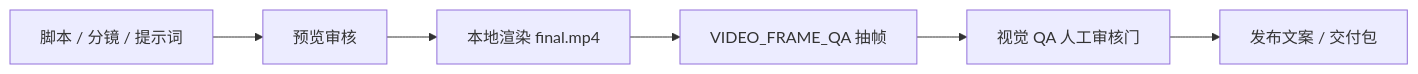
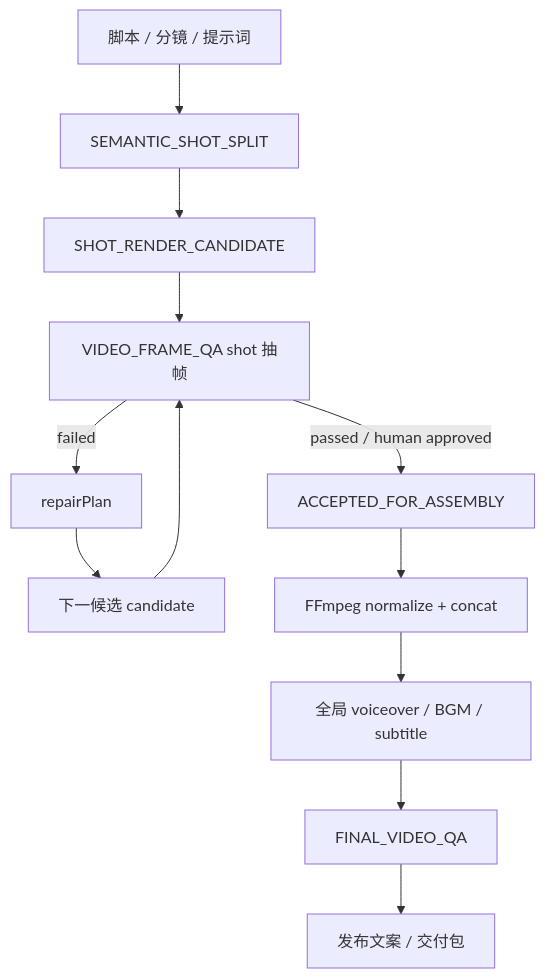
Before and after one commit to SUSTechWLA/lingxi-ai-operation-system: the diagram in docs/video-frame-qa.md, drawn with Mermaid. The commit also changed other lines of this file and 26 other files, not shown here.

````diff
--- a/docs/video-frame-qa.md
+++ b/docs/video-frame-qa.md
@@ -9,8 +9,14 @@
 ```mermaid
-flowchart LR
-  A["脚本 / 分镜 / 提示词"] --> B["预览审核"]
-  B --> C["本地渲染 final.mp4"]
-  C --> D["VIDEO_FRAME_QA 抽帧"]
-  D --> E["视觉 QA 人工审核门"]
-  E --> F["发布文案 / 交付包"]
+flowchart TD
+  A["脚本 / 分镜 / 提示词"] --> B["SEMANTIC_SHOT_SPLIT"]
+  B --> C["SHOT_RENDER_CANDIDATE"]
+  C --> D["VIDEO_FRAME_QA shot 抽帧"]
+  D -->|"failed"| E["repairPlan"]
+  E --> F["下一候选 candidate"]
+  F --> D
+  D -->|"passed / human approved"| G["ACCEPTED_FOR_ASSEMBLY"]
+  G --> H["FFmpeg normalize + concat"]
+  H --> I["全局 voiceover / BGM / subtitle"]
+  I --> J["FINAL_VIDEO_QA"]
+  J --> K["发布文案 / 交付包"]
 ```
````
